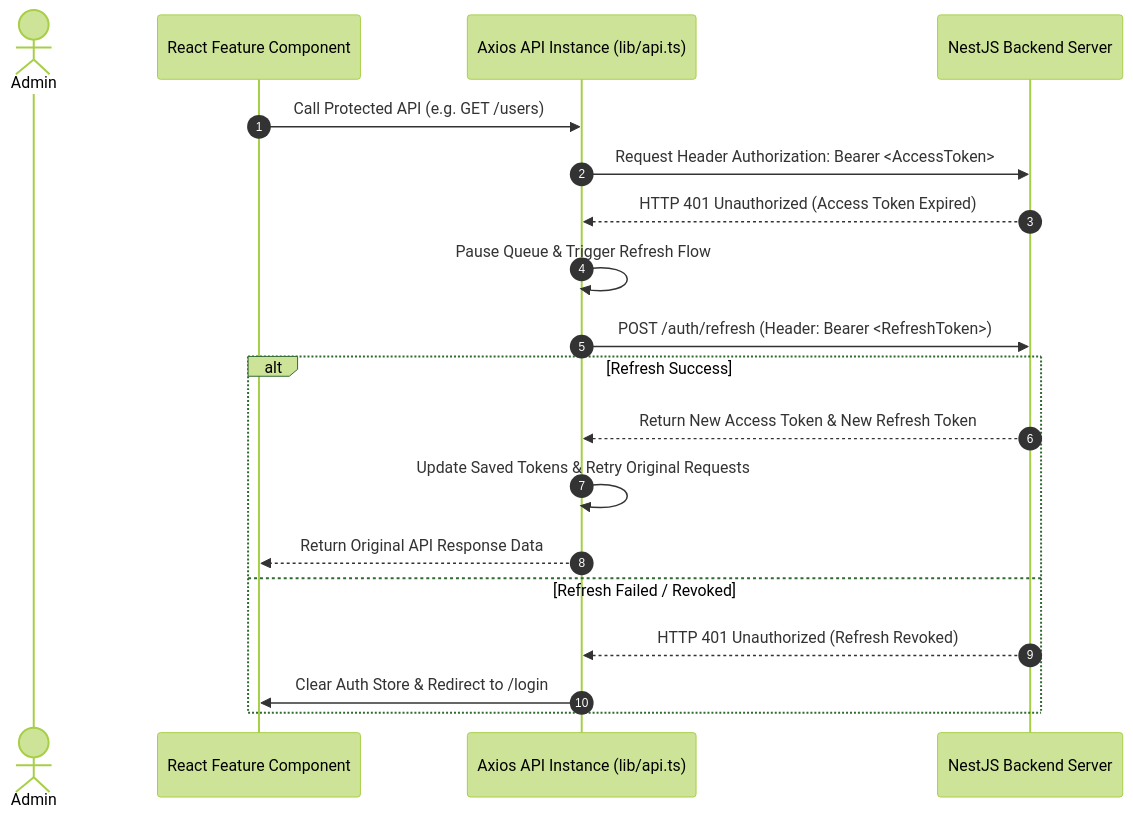
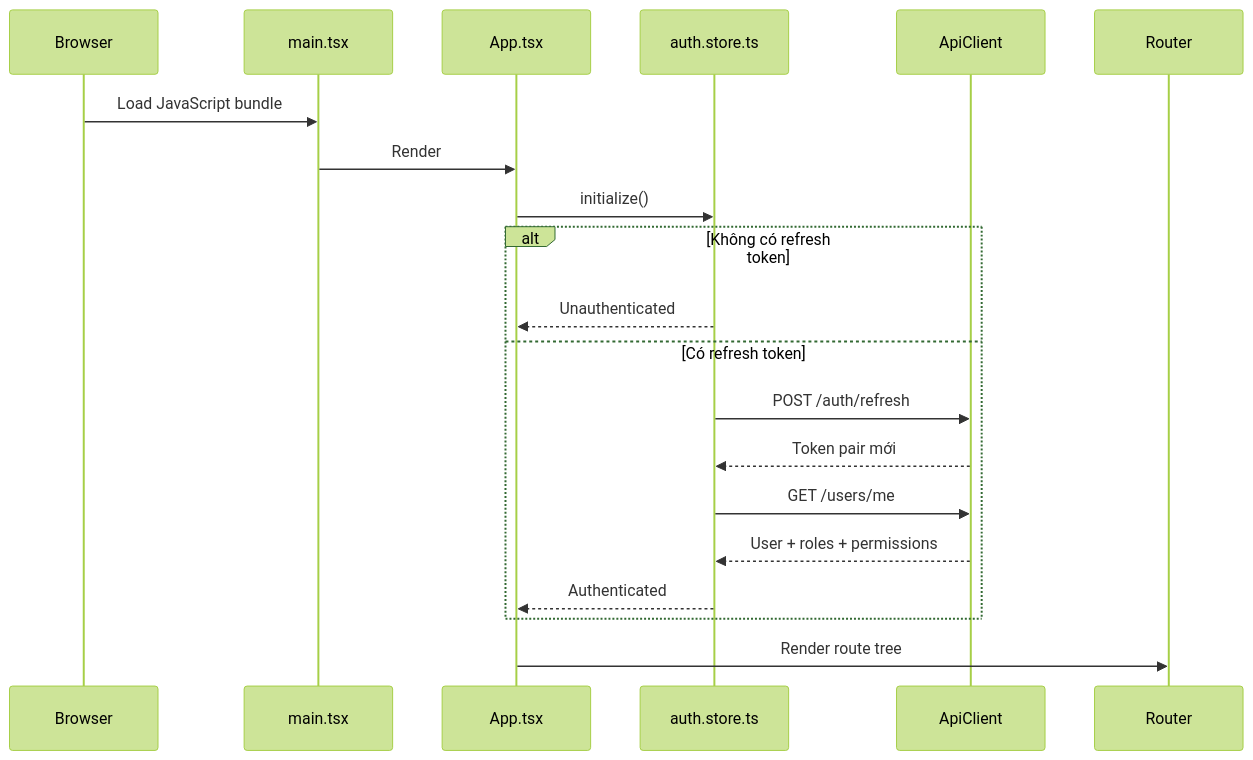
Before and after one commit to 8eyond-Infinite/turborepo-advanced-starter: the second of 3 diagrams in apps/admin/README.md, drawn with Mermaid (forest theme). The commit also changed other lines of this file and 104 other files, not shown here.

````diff
--- a/apps/admin/README.md
+++ b/apps/admin/README.md
@@ -46,22 +64,23 @@
 ```mermaid
 sequenceDiagram
-    autonumber
-    actor Admin
-    participant UI as React Feature Component
-    participant Axios as Axios API Instance (lib/api.ts)
-    participant Server as NestJS Backend Server
+    participant Browser
+    participant Main as main.tsx
+    participant App as App.tsx
+    participant Auth as auth.store.ts
+    participant API as ApiClient
+    participant Router
 
-    UI->>Axios: Call Protected API (e.g. GET /users)
-    Axios->>Server: Request Header Authorization: Bearer <AccessToken>
-    Server-->>Axios: HTTP 401 Unauthorized (Access Token Expired)
-    Axios->>Axios: Pause Queue & Trigger Refresh Flow
-    Axios->>Server: POST /auth/refresh (Header: Bearer <RefreshToken>)
-    alt Refresh Success
-        Server-->>Axios: Return New Access Token & New Refresh Token
-        Axios->>Axios: Update Saved Tokens & Retry Original Requests
-        Axios-->>UI: Return Original API Response Data
-    else Refresh Failed / Revoked
-        Server-->>Axios: HTTP 401 Unauthorized (Refresh Revoked)
-        Axios->>UI: Clear Auth Store & Redirect to /login
+    Browser->>Main: Load JavaScript bundle
+    Main->>App: Render
+    App->>Auth: initialize()
+    alt Không có refresh token
+        Auth-->>App: Unauthenticated
+    else Có refresh token
+        Auth->>API: POST /auth/refresh
+        API-->>Auth: Token pair mới
+        Auth->>API: GET /users/me
+        API-->>Auth: User + roles + permissions
+        Auth-->>App: Authenticated
     end
+    App->>Router: Render route tree
 ```
````
